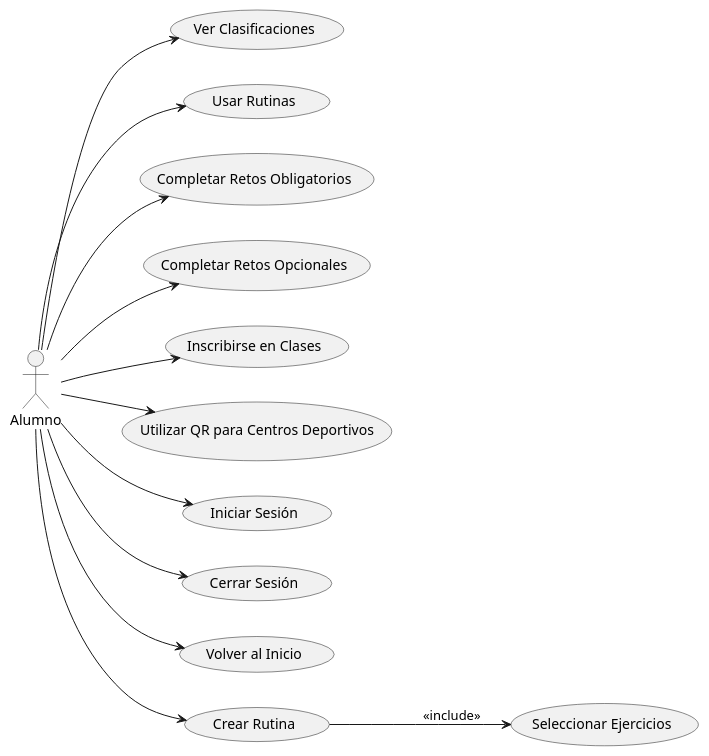
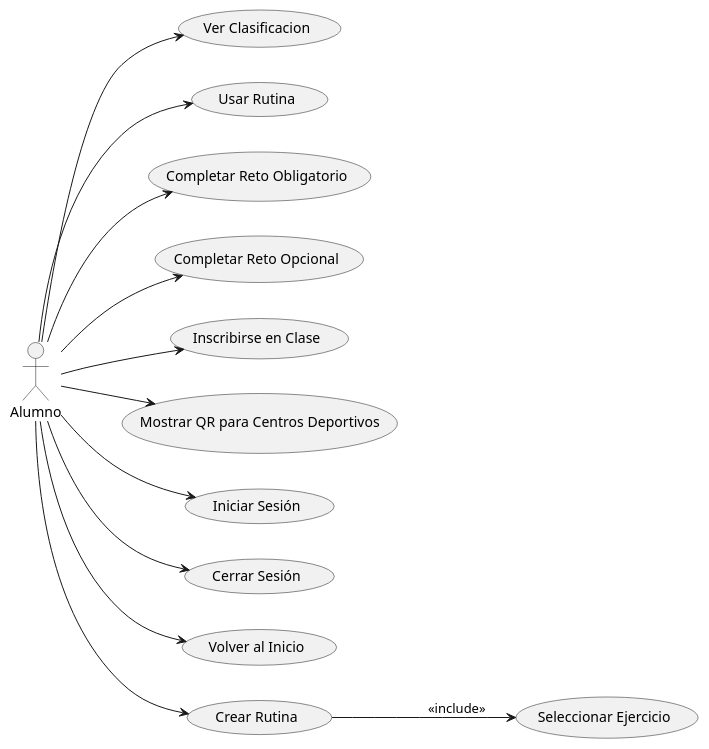
The diagram in Documentos/CasosUso/CdU_Alumno.puml (mmasias/24-25-IdSw1-SDR), drawn with PlantUML before and after one commit.

Commit message:
singular

```diff
--- a/Documentos/CasosUso/CdU_Alumno.puml
+++ b/Documentos/CasosUso/CdU_Alumno.puml
@@ -1,31 +1,31 @@
 @startuml
 left to right direction
 
 actor Alumno
 
-usecase "Ver Clasificaciones" as VerClasificaciones
-usecase "Usar Rutinas" as UsarRutinas
-usecase "Completar Retos Obligatorios" as CompletarRetosObligatorios
-usecase "Completar Retos Opcionales" as CompletarRetosOpcionales
-usecase "Inscribirse en Clases" as InscribirseClases
-usecase "Utilizar QR para Centros Deportivos" as UsarQR
+usecase "Ver Clasificacion" as VerClasificaciones
+usecase "Usar Rutina" as UsarRutinas
+usecase "Completar Reto Obligatorio" as CompletarRetosObligatorios
+usecase "Completar Reto Opcional" as CompletarRetosOpcionales
+usecase "Inscribirse en Clase" as InscribirseClases
+usecase "Mostrar QR para Centros Deportivos" as UsarQR
 usecase "Iniciar Sesión" as IniciarSesion
 usecase "Cerrar Sesión" as CerrarSesion
 usecase "Volver al Inicio" as VolverInicio
 usecase "Crear Rutina" as CrearRutinaPersonalizada
-usecase "Seleccionar Ejercicios" as SeleccionarEjercicios
+usecase "Seleccionar Ejercicio" as SeleccionarEjercicios
 
 Alumno --> VerClasificaciones
 Alumno --> UsarRutinas
 Alumno --> CompletarRetosObligatorios
 Alumno --> CompletarRetosOpcionales
 Alumno --> InscribirseClases
 Alumno --> UsarQR
 Alumno --> IniciarSesion
 Alumno --> CerrarSesion
 Alumno --> VolverInicio
 Alumno --> CrearRutinaPersonalizada
 
 CrearRutinaPersonalizada --> SeleccionarEjercicios : <<include>>
 
 @enduml
```
